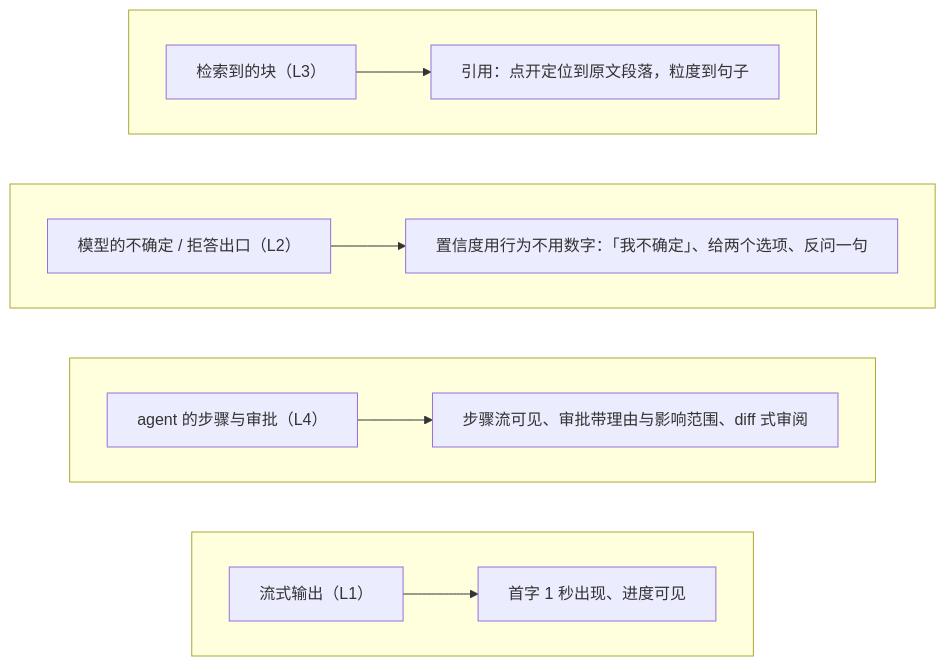
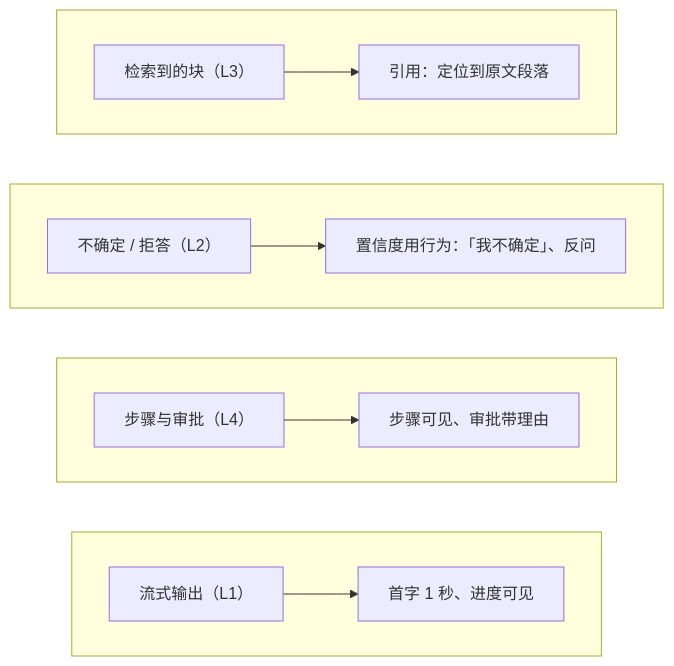
Before and after one commit to arganzheng/arganzheng.github.com: the fourth of 5 diagrams in slides/2026-11-20-product-and-experience.md, drawn with Mermaid. The commit also changed other lines of this file, not shown here.

Commit message:
slides/product-and-experience: cut/shorten mermaid diagrams below 14px rendered text (check-render smalltext/overlap)

````diff
--- a/slides/2026-11-20-product-and-experience.md
+++ b/slides/2026-11-20-product-and-experience.md
@@ -137,21 +136,21 @@
 ```mermaid
 %%{init: {"flowchart": {"wrappingWidth": 480}}}%%
 flowchart TB
     subgraph P1[" "]
         direction LR
-        M1["检索到的块（L3）"] --> U1["引用：点开定位到原文段落，粒度到句子"]
+        M1["检索到的块（L3）"] --> U1["引用：定位到原文段落"]
     end
     subgraph P2[" "]
         direction LR
-        M2["模型的不确定 / 拒答出口（L2）"] --> U2["置信度用行为不用数字：「我不确定」、给两个选项、反问一句"]
+        M2["不确定 / 拒答（L2）"] --> U2["置信度用行为：「我不确定」、反问"]
     end
     subgraph P3[" "]
         direction LR
-        M3["agent 的步骤与审批（L4）"] --> U3["步骤流可见、审批带理由与影响范围、diff 式审阅"]
+        M3["步骤与审批（L4）"] --> U3["步骤可见、审批带理由"]
     end
     subgraph P4[" "]
         direction LR
-        M4["流式输出（L1）"] --> U4["首字 1 秒出现、进度可见"]
+        M4["流式输出（L1）"] --> U4["首字 1 秒、进度可见"]
     end
     P1 ~~~ P2 ~~~ P3 ~~~ P4
 ```
````
